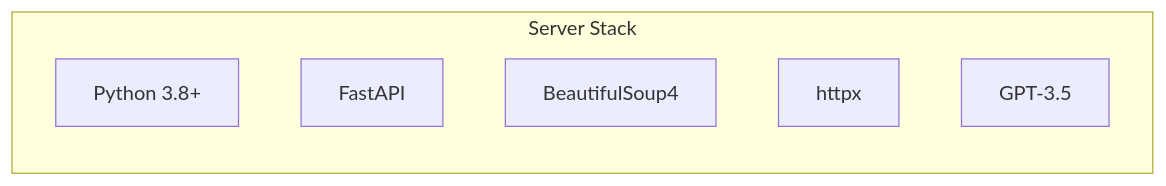
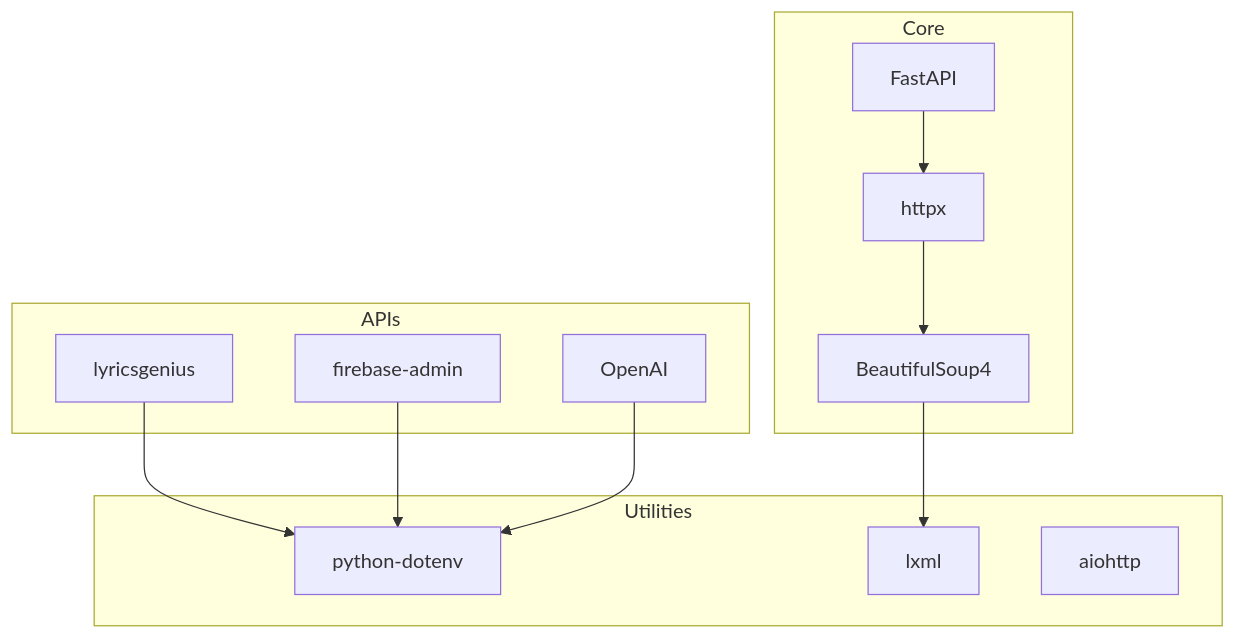
Before and after one commit to KrishnaKumarSoni/beatscript: the ninth of 14 diagrams in README.md, drawn with Mermaid. The commit also changed other lines of this file and 3 other files, not shown here.

````diff
--- a/README.md
+++ b/README.md
@@ -186,10 +253,25 @@
 ```mermaid
-graph LR
-    subgraph "Server Stack"
-        PY[Python 3.8+]
-        FA[FastAPI]
+graph TD
+    subgraph "Core"
+        F[FastAPI]
+        H[httpx]
         BS[BeautifulSoup4]
-        HX[httpx]
-        GPT[GPT-3.5]
     end
+    
+    subgraph "APIs"
+        G[lyricsgenius]
+        FB[firebase-admin]
+        O[OpenAI]
+    end
+    
+    subgraph "Utilities"
+        D[python-dotenv]
+        L[lxml]
+        A[aiohttp]
+    end
+    
+    F --> H
+    H --> BS
+    BS --> L
+    G & FB & O --> D
 ```
````
